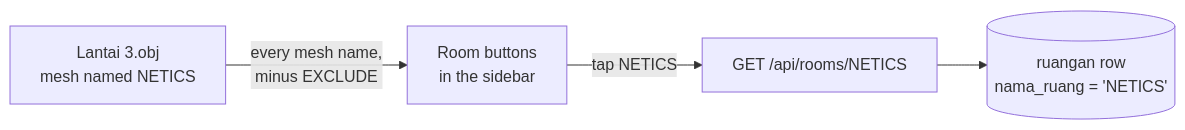
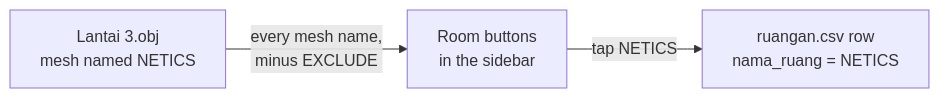
The second of 2 diagrams in README.md (hadziq/IF-Kiosk), drawn with Mermaid before and after one commit. The commit also changed other lines of this file and 95 other files, not shown here.

````diff
--- a/README.md
+++ b/README.md
@@ -264,6 +224,5 @@
 ```mermaid
 flowchart LR
     obj["Lantai 3.obj<br/>mesh named NETICS"] -->|"every mesh name,<br/>minus EXCLUDE"| list["Room buttons<br/>in the sidebar"]
-    list -->|"tap NETICS"| api["GET /api/rooms/NETICS"]
-    api --> row[("ruangan row<br/>nama_ruang = 'NETICS'")]
+    list -->|"tap NETICS"| row["ruangan.csv row<br/>nama_ruang = NETICS"]
 ```
````
